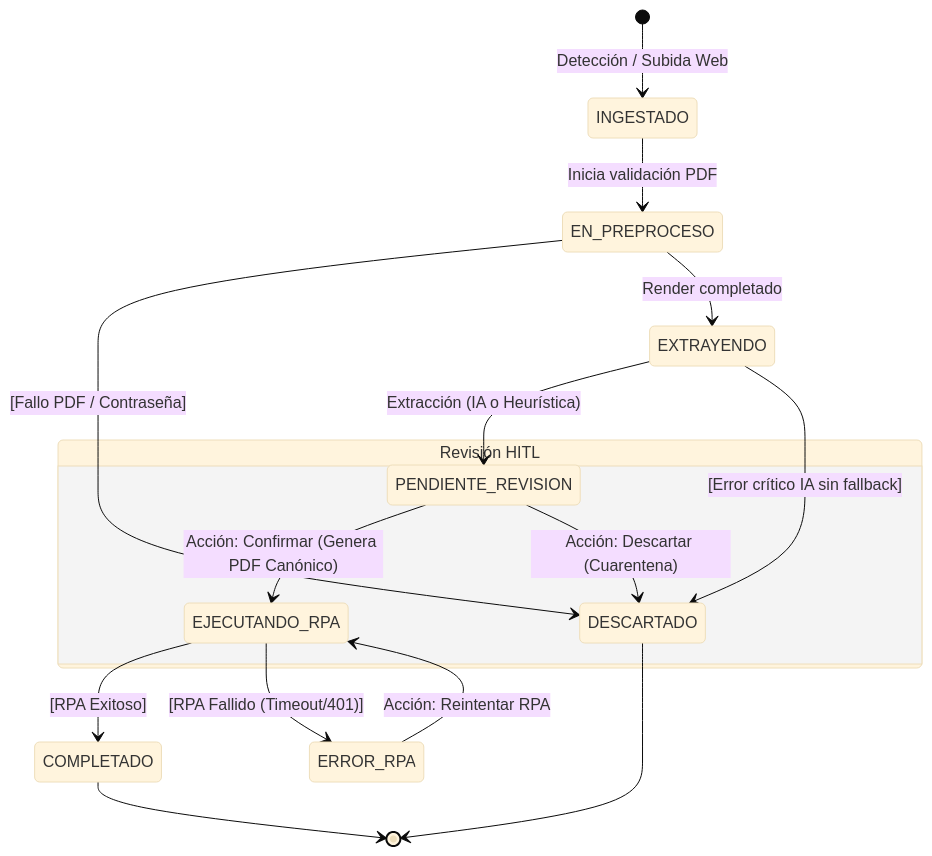
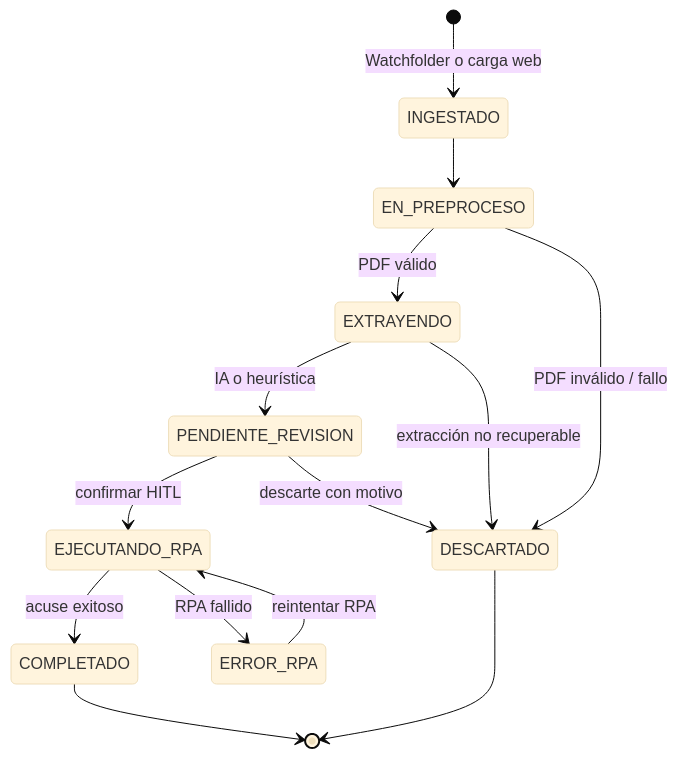
The fourth of 5 diagrams in README.md (j3susangar1ca/oficialia_dsApp), drawn with Mermaid (base theme) before and after one commit. The commit also changed other lines of this file, not shown here.

````diff
--- a/README.md
+++ b/README.md
@@ -71,24 +110,16 @@
 ```mermaid
 stateDiagram-v2
-    direction TB
-    [*] --> INGESTADO : Detección / Subida Web
-
-    INGESTADO --> EN_PREPROCESO : Inicia validación PDF
-    EN_PREPROCESO --> DESCARTADO : [Fallo PDF / Contraseña]
-
-    EN_PREPROCESO --> EXTRAYENDO : Render completado
-    EXTRAYENDO --> PENDIENTE_REVISION : Extracción (IA o Heurística)
-    EXTRAYENDO --> DESCARTADO : [Error crítico IA sin fallback]
-
-    state "Revisión HITL" as HITL {
-        PENDIENTE_REVISION --> EJECUTANDO_RPA : Acción: Confirmar (Genera PDF Canónico)
-        PENDIENTE_REVISION --> DESCARTADO : Acción: Descartar (Cuarentena)
-    }
-
-    EJECUTANDO_RPA --> COMPLETADO : [RPA Exitoso]
-    EJECUTANDO_RPA --> ERROR_RPA : [RPA Fallido (Timeout/401)]
-    ERROR_RPA --> EJECUTANDO_RPA : Acción: Reintentar RPA
-
-    COMPLETADO --> [*]
-    DESCARTADO --> [*]
+  [*] --> INGESTADO: Watchfolder o carga web
+  INGESTADO --> EN_PREPROCESO
+  EN_PREPROCESO --> EXTRAYENDO: PDF válido
+  EN_PREPROCESO --> DESCARTADO: PDF inválido / fallo
+  EXTRAYENDO --> PENDIENTE_REVISION: IA o heurística
+  EXTRAYENDO --> DESCARTADO: extracción no recuperable
+  PENDIENTE_REVISION --> EJECUTANDO_RPA: confirmar HITL
+  PENDIENTE_REVISION --> DESCARTADO: descarte con motivo
+  EJECUTANDO_RPA --> COMPLETADO: acuse exitoso
+  EJECUTANDO_RPA --> ERROR_RPA: RPA fallido
+  ERROR_RPA --> EJECUTANDO_RPA: reintentar RPA
+  COMPLETADO --> [*]
+  DESCARTADO --> [*]
 ```
````
